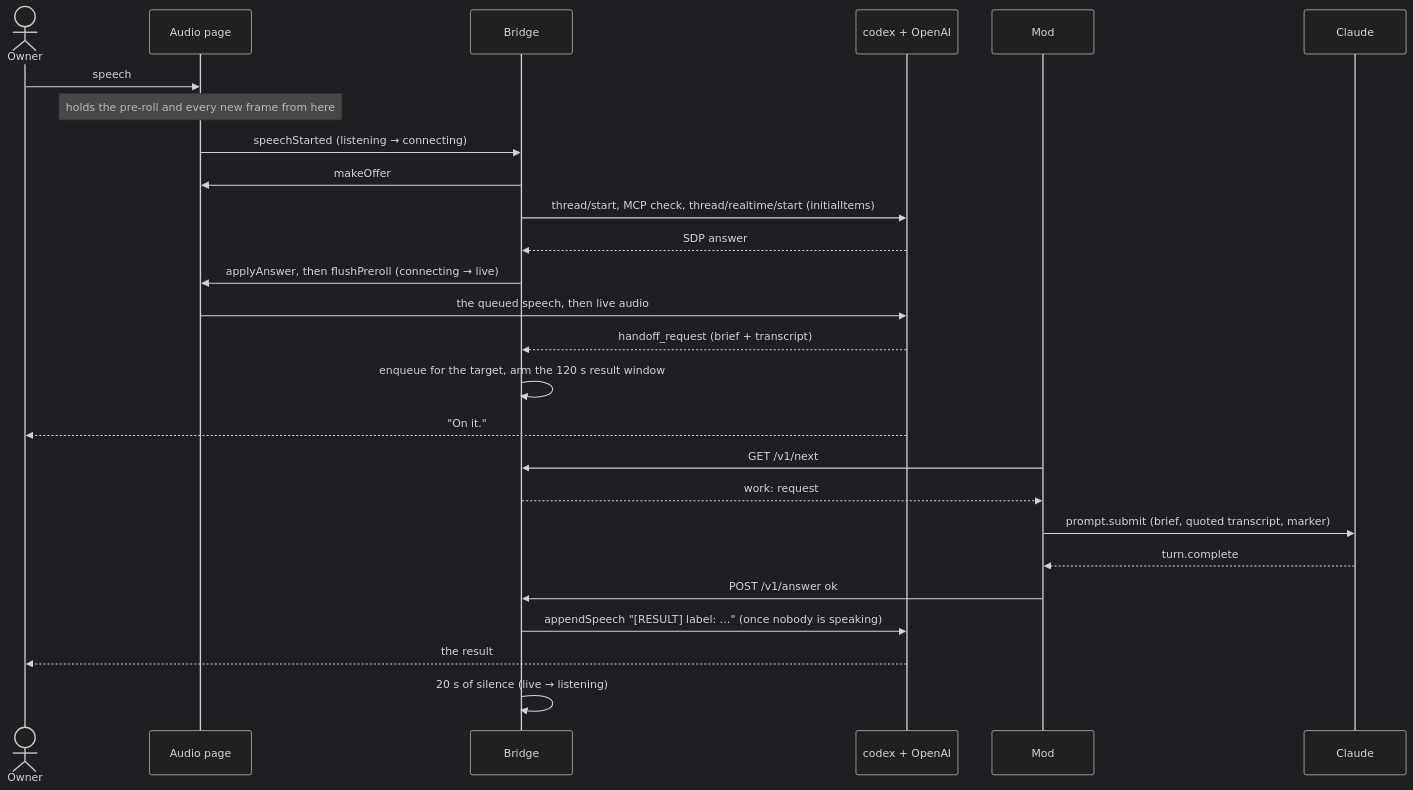
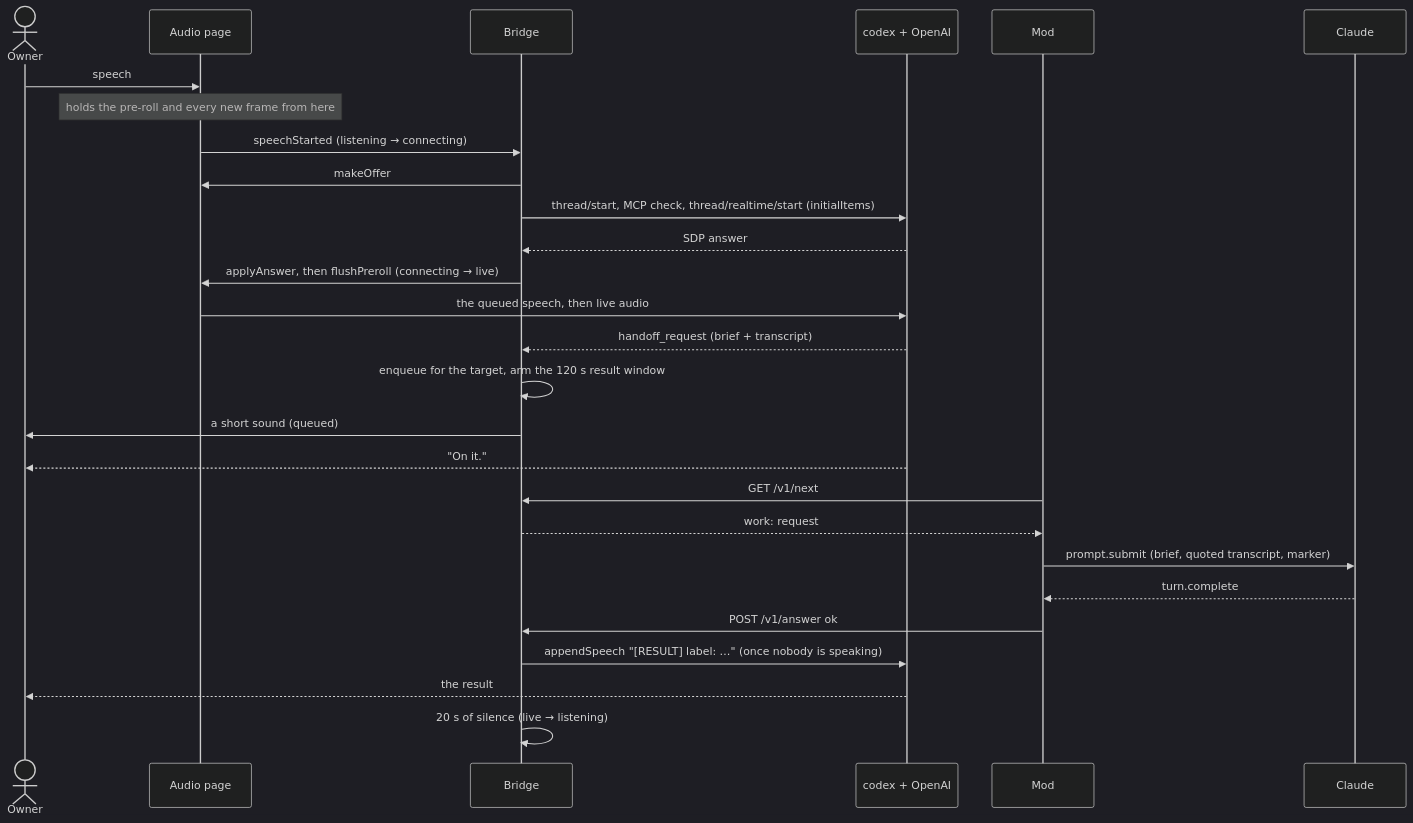
The second of 8 diagrams in docs/architecture/overview.md (Nezhinskiy/claude-gpt-live-bridge), drawn with Mermaid (dark theme) before and after one commit. The commit also changed other lines of this file and 9 other files, not shown here.

First line of the commit message:
docs: the handoff sound marks a queued request, and its reason has one home

````diff
--- a/docs/architecture/overview.md
+++ b/docs/architecture/overview.md
@@ -155,28 +155,29 @@
 ```mermaid
 sequenceDiagram
   actor Owner
   participant Page as Audio page
   participant Bridge
   participant Codex as codex + OpenAI
   participant Mod
   participant Claude
   Owner->>Page: speech
   Note over Page: holds the pre-roll and every new frame from here
   Page->>Bridge: speechStarted (listening → connecting)
   Bridge->>Page: makeOffer
   Bridge->>Codex: thread/start, MCP check, thread/realtime/start (initialItems)
   Codex-->>Bridge: SDP answer
   Bridge->>Page: applyAnswer, then flushPreroll (connecting → live)
   Page->>Codex: the queued speech, then live audio
   Codex-->>Bridge: handoff_request (brief + transcript)
   Bridge->>Bridge: enqueue for the target, arm the 120 s result window
+  Bridge->>Owner: a short sound (queued)
   Codex-->>Owner: "On it."
   Mod->>Bridge: GET /v1/next
   Bridge-->>Mod: work: request
   Mod->>Claude: prompt.submit (brief, quoted transcript, marker)
   Claude-->>Mod: turn.complete
   Mod->>Bridge: POST /v1/answer ok
   Bridge->>Codex: appendSpeech "[RESULT] label: …" (once nobody is speaking)
   Codex-->>Owner: the result
   Bridge->>Bridge: 20 s of silence (live → listening)
 ```
````
